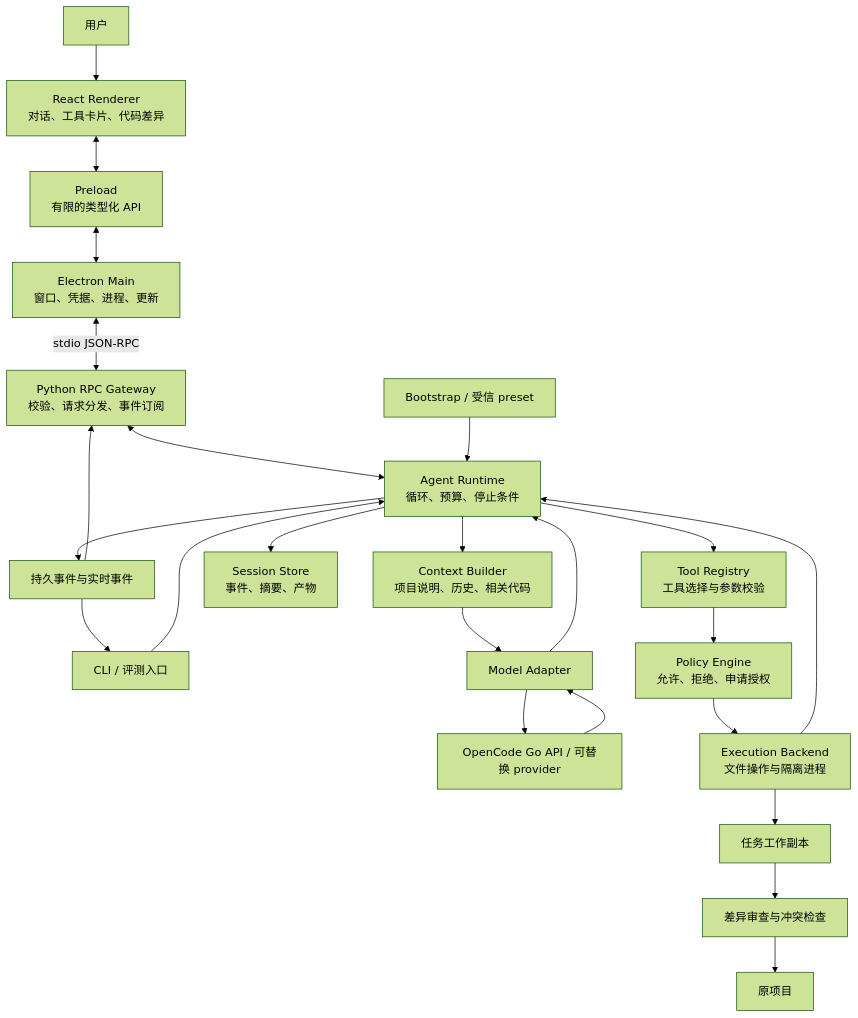
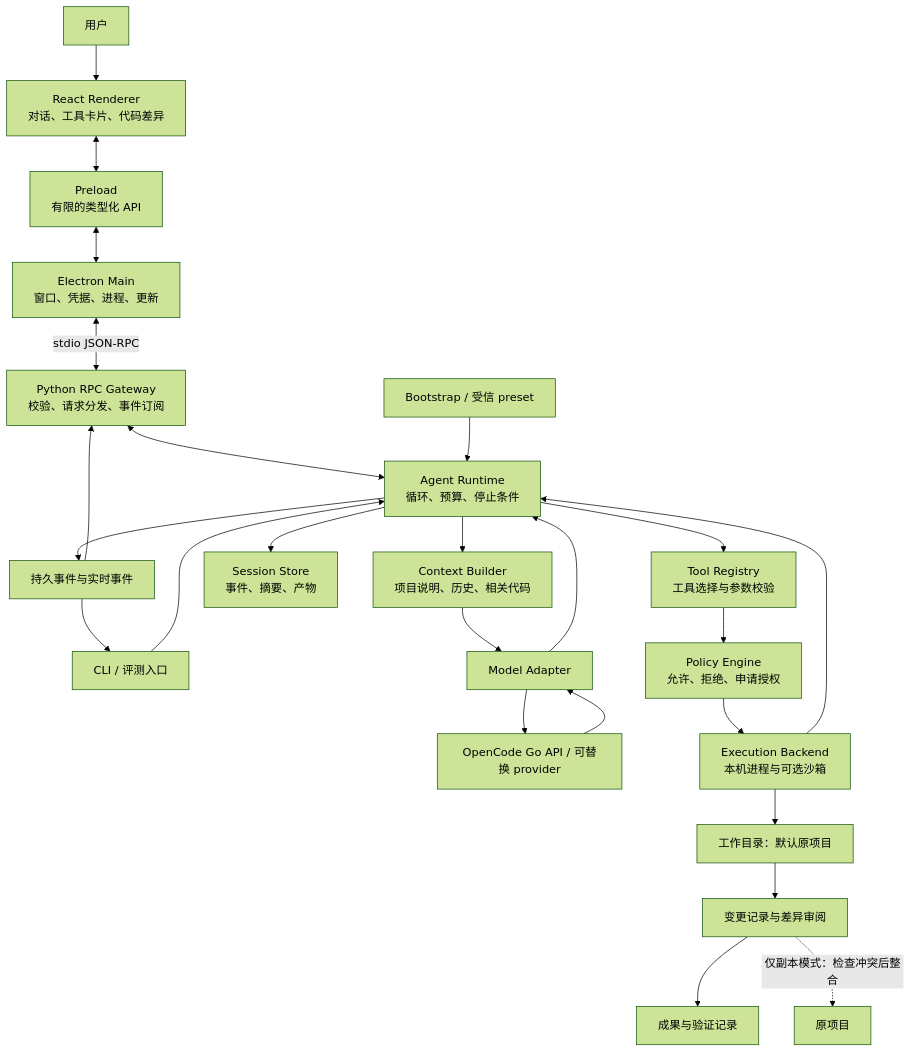
Before and after one commit to ZZ7777679/my-coding-agent: the first of 2 diagrams in docs/plan/coding-agent-from-zero-plan.md, drawn with Mermaid (forest theme). The commit also changed other lines of this file and 181 other files, not shown here.

````diff
--- a/docs/plan/coding-agent-from-zero-plan.md
+++ b/docs/plan/coding-agent-from-zero-plan.md
@@ -229,26 +252,27 @@
 ```mermaid
 flowchart TD
     U[用户] --> UI["React Renderer<br/>对话、工具卡片、代码差异"]
     UI <--> PRE["Preload<br/>有限的类型化 API"]
     PRE <--> H["Electron Main<br/>窗口、凭据、进程、更新"]
     H <-->|"stdio JSON-RPC"| G["Python RPC Gateway<br/>校验、请求分发、事件订阅"]
     G <--> R["Agent Runtime<br/>循环、预算、停止条件"]
     CLI[CLI / 评测入口] --> R
     B[Bootstrap / 受信 preset] --> R
     R --> C["Context Builder<br/>项目说明、历史、相关代码"]
     C --> M[Model Adapter]
     M --> L[OpenCode Go API / 可替换 provider]
     L --> M
     M --> R
     R --> T["Tool Registry<br/>工具选择与参数校验"]
     T --> P["Policy Engine<br/>允许、拒绝、申请授权"]
-    P --> X["Execution Backend<br/>文件操作与隔离进程"]
-    X --> W[任务工作副本]
+    P --> X["Execution Backend<br/>本机进程与可选沙箱"]
+    X --> W[工作目录：默认原项目]
     X --> R
     R --> S["Session Store<br/>事件、摘要、产物"]
     R --> E[持久事件与实时事件]
     E --> G
     E --> CLI
-    W --> D[差异审查与冲突检查]
-    D --> O[原项目]
+    W --> D[变更记录与差异审阅]
+    D --> O[成果与验证记录]
+    D -.->|仅副本模式：检查冲突后整合| P0[原项目]
 ```
````
